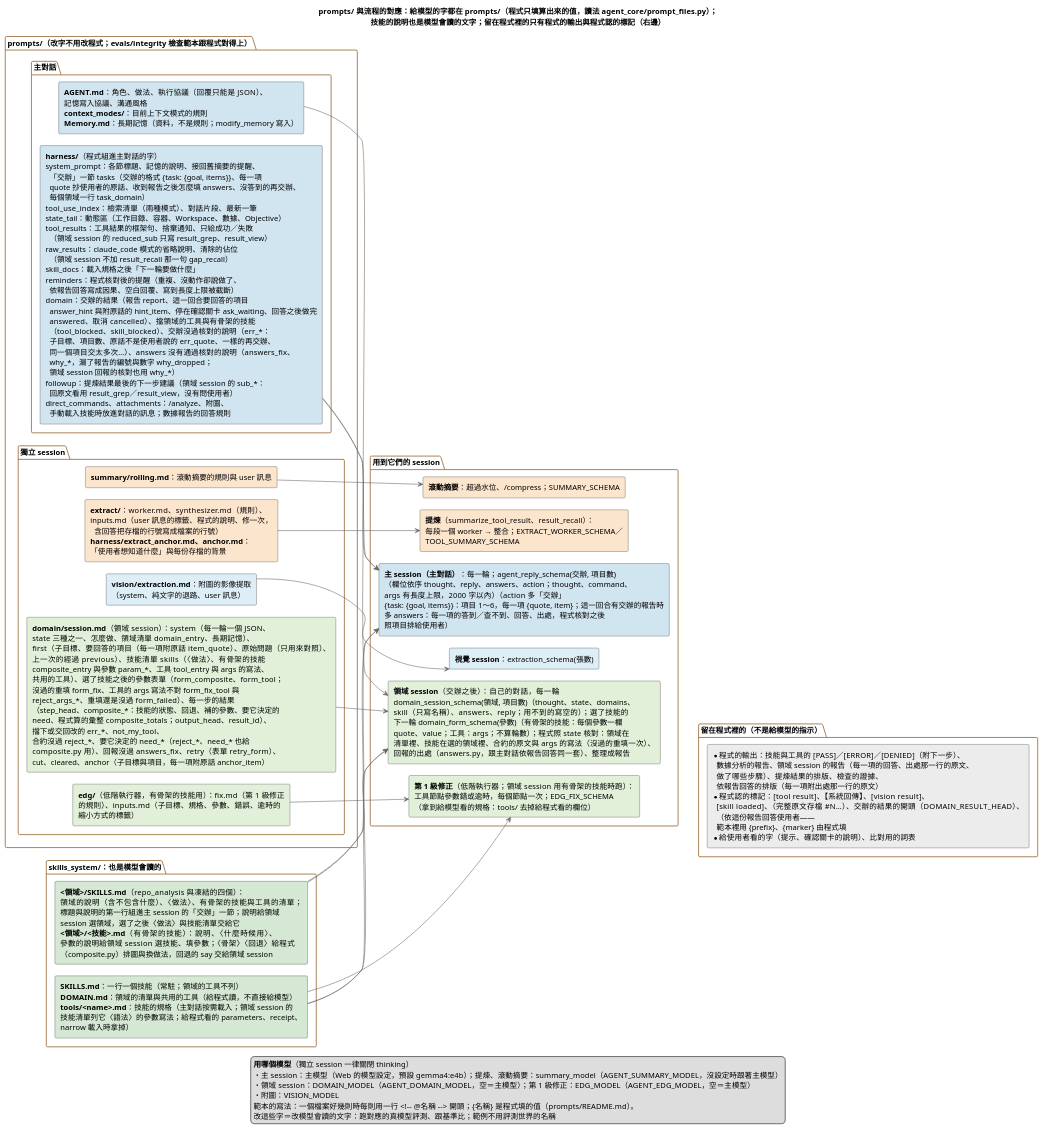
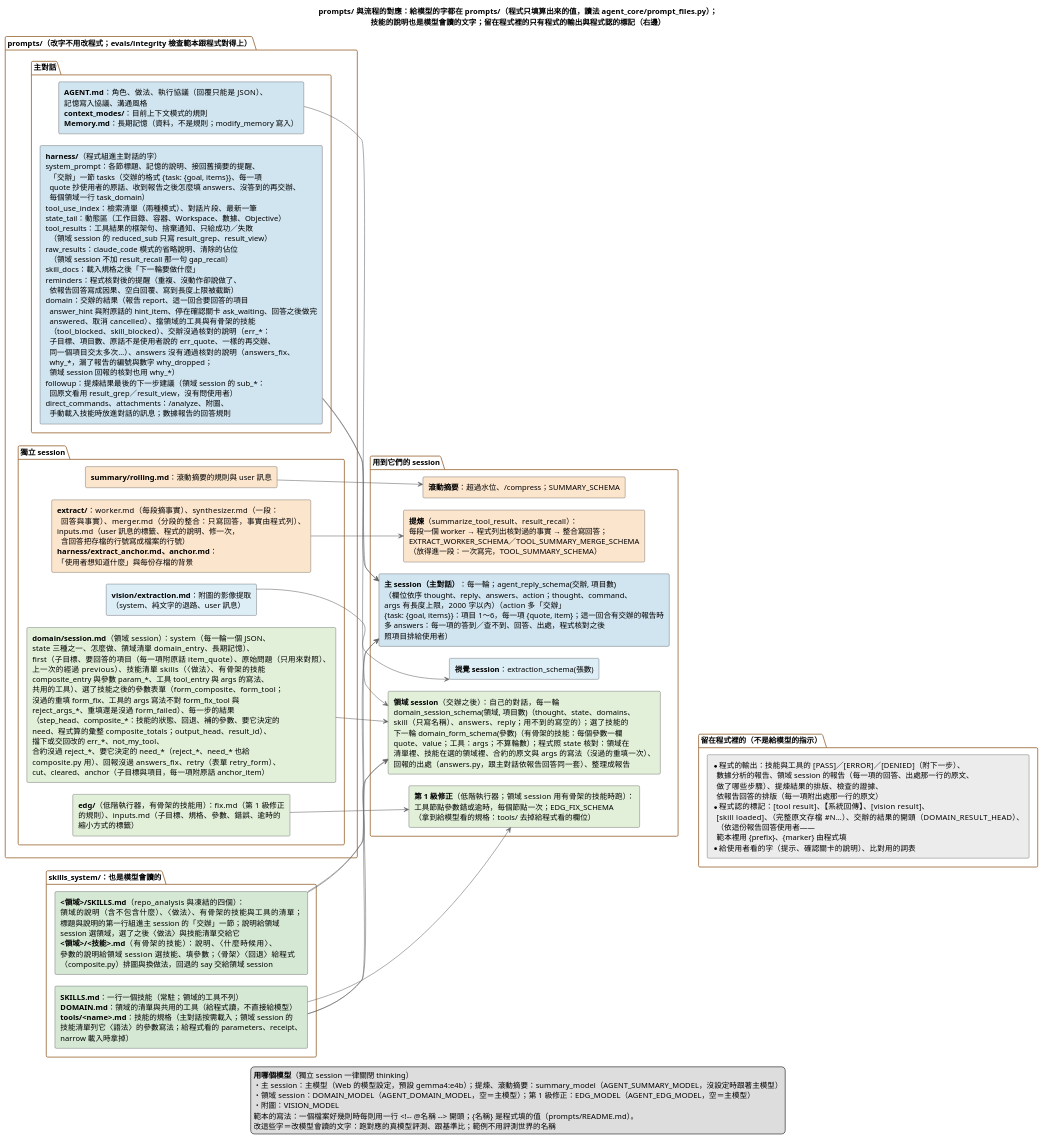
One commit to DavidZox/Coding_agnet changed the diagram in doc/diagrams/prompts與流程的對應.puml. Above: the diagram before and after it, drawn with PlantUML. The commit also changed 18 other files, not shown here.

```diff
--- a/doc/diagrams/prompts與流程的對應.puml
+++ b/doc/diagrams/prompts與流程的對應.puml
@@ -1,182 +1,184 @@
 @startuml
 ' --- 樣式精準控制 ---
 skinparam shadowing false
 skinparam defaultFontName "Microsoft JhengHei"
 skinparam RectangleWidthMax 440
 skinparam PackageBorderColor #996633
 skinparam ArrowColor #666666
 skinparam ranksep 70
 skinparam nodesep 22
 left to right direction
 
 title prompts/ 與流程的對應：給模型的字都在 prompts/（程式只填算出來的值，讀法 agent_core/prompt_files.py）；\n技能的說明也是模型會讀的文字；留在程式裡的只有程式的輸出與程式認的標記（右邊）
 
 package "prompts/（改字不用改程式；evals/integrity 檢查範本跟程式對得上）" {
   package "主對話" {
     rectangle P_AGENT #D1E5F0 [
       **AGENT.md**：角色、做法、執行協議（回覆只能是 JSON）、
       記憶寫入協議、溝通風格
       **context_modes/**：目前上下文模式的規則
       **Memory.md**：長期記憶（資料，不是規則；modify_memory 寫入）
     ]
     rectangle P_HARNESS #D1E5F0 [
       **harness/**（程式組進主對話的字）
       system_prompt：各節標題、記憶的說明、接回舊摘要的提醒、
         「交辦」一節 tasks（交辦的格式 {task: {goal, items}}、每一項
         quote 抄使用者的原話、收到報告之後怎麼填 answers、沒答到的再交辦、
         每個領域一行 task_domain）
       tool_use_index：檢索清單（兩種模式）、對話片段、最新一筆
       state_tail：動態區（工作目錄、容器、Workspace、數據、Objective）
       tool_results：工具結果的框架句、捨棄通知、只給成功／失敗
         （領域 session 的 reduced_sub 只寫 result_grep、result_view）
       raw_results：claude_code 模式的省略說明、清除的佔位
         （領域 session 不加 result_recall 那一句 gap_recall）
       skill_docs：載入規格之後「下一輪要做什麼」
       reminders：程式核對後的提醒（重複、沒動作卻說做了、
         依報告回答寫成因果、空白回覆、寫到長度上限被截斷）
       domain：交辦的結果（報告 report、這一回合要回答的項目
         answer_hint 與附原話的 hint_item、停在確認關卡 ask_waiting、回答之後做完
         answered、取消 cancelled）、擋領域的工具與有骨架的技能
         （tool_blocked、skill_blocked）、交辦沒過核對的說明（err_*：
         子目標、項目數、原話不是使用者說的 err_quote、一樣的再交辦、
         同一個項目交太多次…）、answers 沒有通過核對的說明（answers_fix、
         why_*，漏了報告的編號與數字 why_dropped；
         領域 session 回報的核對也用 why_*）
       followup：提煉結果最後的下一步建議（領域 session 的 sub_*：
         回原文看用 result_grep／result_view，沒有問使用者）
       direct_commands、attachments：/analyze、附圖、
         手動載入技能時放進對話的訊息；數據報告的回答規則
     ]
   }
   package "獨立 session" {
     rectangle P_SUMMARY #FCE5CD [
       **summary/rolling.md**：滾動摘要的規則與 user 訊息
     ]
     rectangle P_EXTRACT #FCE5CD [
-      **extract/**：worker.md、synthesizer.md（規則）、
+      **extract/**：worker.md（每段摘事實）、synthesizer.md（一段：
+        回答與事實）、merger.md（分段的整合：只寫回答，事實由程式列）、
       inputs.md（user 訊息的標籤、程式的說明、修一次，
         含回答把存檔的行號寫成檔案的行號）
       **harness/extract_anchor.md、anchor.md**：
       「使用者想知道什麼」與每份存檔的背景
     ]
     rectangle P_VISION #DDEEF6 [
       **vision/extraction.md**：附圖的影像提取
       （system、純文字的退路、user 訊息）
     ]
     rectangle P_EDG #E2F0D9 [
       **edg/**（低階執行器，有骨架的技能用）：fix.md（第 1 級修正
       的規則）、inputs.md（子目標、規格、參數、錯誤、逾時的
       縮小方式的標籤）
     ]
     rectangle P_DOMAIN #E2F0D9 [
       **domain/session.md**（領域 session）：system（每一輪一個 JSON、
       state 三種之一、怎麼做、領域清單 domain_entry、長期記憶）、
       first（子目標、要回答的項目（每一項附原話 item_quote）、原始問題（只用來對照）、
       上一次的經過 previous）、技能清單 skills（〈做法〉、有骨架的技能
       composite_entry 與參數 param_*、工具 tool_entry 與 args 的寫法、
       共用的工具）、選了技能之後的參數表單（form_composite、form_tool；
       沒過的重填 form_fix、工具的 args 寫法不對 form_fix_tool 與
       reject_args_*、重填還是沒過 form_failed）、每一步的結果
       （step_head、composite_*：技能的狀態、回退、補的參數、要它決定的
       need、程式算的彙整 composite_totals；output_head、result_id）、
       擋下或交回改的 err_*、not_my_tool、
       合約沒過 reject_*、要它決定的 need_*（reject_*、need_* 也給
       composite.py 用）、回報沒過 answers_fix、retry（表單 retry_form）、
       cut、cleared、anchor（子目標與項目，每一項附原話 anchor_item）
     ]
   }
 }
 
 package "skills_system/：也是模型會讀的" {
   rectangle K_ALL #D5E8D4 [
     **SKILLS.md**：一行一個技能（常駐；領域的工具不列）
     **DOMAIN.md**：領域的清單與共用的工具（給程式讀，不直接給模型）
     **tools/<name>.md**：技能的規格（主對話按需載入；領域 session 的
     技能清單列它〈語法〉的參數寫法；給程式看的 parameters、receipt、
     narrow 載入時拿掉）
   ]
   rectangle K_DOMAIN #D5E8D4 [
     **<領域>/SKILLS.md**（repo_analysis 與凍結的四個）：
     領域的說明（含不包含什麼）、〈做法〉、有骨架的技能與工具的清單；
     標題與說明的第一行組進主 session 的「交辦」一節；說明給領域
     session 選領域，選了之後〈做法〉與技能清單交給它
     **<領域>/<技能>.md**（有骨架的技能）：說明、〈什麼時候用〉、
     參數的說明給領域 session 選技能、填參數；〈骨架〉〈回退〉給程式
     （composite.py）排圖與換做法，回退的 say 交給領域 session
   ]
 }
 
 package "用到它們的 session" {
   rectangle S_MAIN #D1E5F0 [
     **主 session（主對話）**：每一輪；agent_reply_schema(交辦, 項目數)
     （欄位依序 thought、reply、answers、action；thought、command、
     args 有長度上限，2000 字以內）（action 多「交辦」
     {task: {goal, items}}：項目 1～6，每一項 {quote, item}；這一回合有交辦的報告時
     多 answers：每一項的答到／查不到、回答、出處，程式核對之後
     照項目排給使用者）
   ]
   rectangle S_DOMAIN #E2F0D9 [
     **領域 session**（交辦之後）：自己的對話，每一輪
     domain_session_schema(領域, 項目數)（thought、state、domains、
     skill（只寫名稱）、answers、reply；用不到的寫空的）；選了技能的
     下一輪 domain_form_schema(參數)（有骨架的技能：每個參數一欄
     quote、value；工具：args；不算輪數）；程式照 state 核對：領域在
     清單裡、技能在選的領域裡、合約的原文與 args 的寫法（沒過的重填一次）、
     回報的出處（answers.py，跟主對話依報告回答同一套）、整理成報告
   ]
   rectangle S_SUMMARY #FCE5CD [
     **滾動摘要**：超過水位、/compress；SUMMARY_SCHEMA
   ]
   rectangle S_EXTRACT #FCE5CD [
     **提煉**（summarize_tool_result、result_recall）：
-    每段一個 worker → 整合；EXTRACT_WORKER_SCHEMA／
-    TOOL_SUMMARY_SCHEMA
+    每段一個 worker → 程式列出核對過的事實 → 整合寫回答；
+    EXTRACT_WORKER_SCHEMA／TOOL_SUMMARY_MERGE_SCHEMA
+    （放得進一段：一次寫完，TOOL_SUMMARY_SCHEMA）
   ]
   rectangle S_VISION #DDEEF6 [
     **視覺 session**：extraction_schema(張數)
   ]
   rectangle S_EDG #E2F0D9 [
     **第 1 級修正**（低階執行器；領域 session 用有骨架的技能時跑）：
     工具節點參數錯或逾時，每個節點一次；EDG_FIX_SCHEMA
     （拿到給模型看的規格：tools/ 去掉給程式看的欄位）
   ]
 }
 
 package "留在程式裡的（不是給模型的指示）" {
   rectangle C_LIST #ECECEC [
     * 程式的輸出：技能與工具的 [PASS]／[ERROR]／[DENIED]（附下一步）、
       數據分析的報告、領域 session 的報告（每一項的回答、出處那一行的原文、
       做了哪些步驟）、提煉結果的排版、檢查的證據、
       依報告回答的排版（每一項附出處那一行的原文）
     * 程式認的標記：[tool result]、【系統回傳】、[vision result]、
       [skill loaded]、（完整原文存檔 #N…）、交辦的結果的開頭（DOMAIN_RESULT_HEAD）、
       （依這份報告回答使用者——
       範本裡用 {prefix}、{marker} 由程式填
     * 給使用者看的字（提示、確認關卡的說明）、比對用的詞表
   ]
 }
 
 P_AGENT --> S_MAIN
 P_HARNESS --> S_MAIN
 K_ALL --> S_MAIN
 P_SUMMARY --> S_SUMMARY
 P_EXTRACT --> S_EXTRACT
 P_VISION --> S_VISION
 P_EDG --> S_EDG
 K_ALL --> S_EDG
 P_DOMAIN --> S_DOMAIN
 P_HARNESS --> S_DOMAIN
 K_DOMAIN --> S_DOMAIN
 K_ALL --> S_DOMAIN
 K_DOMAIN --> S_MAIN
 S_EDG -[hidden]-> C_LIST
 
 legend bottom
   **用哪個模型**（獨立 session 一律關閉 thinking）
   ・主 session：主模型（Web 的模型設定，預設 gemma4:e4b）；提煉、滾動摘要：summary_model（AGENT_SUMMARY_MODEL，沒設定時跟著主模型）
   ・領域 session：DOMAIN_MODEL（AGENT_DOMAIN_MODEL，空＝主模型）；第 1 級修正：EDG_MODEL（AGENT_EDG_MODEL，空＝主模型）
   ・附圖：VISION_MODEL
   範本的寫法：一個檔案好幾則時每則用一行 <!~-- @名稱 ~--> 開頭；{名稱} 是程式填的值（prompts/README.md）。
   改這些字＝改模型會讀的文字：跑對應的真模型評測、跟基準比；範例不用評測世界的名稱
 endlegend
 @enduml
```
